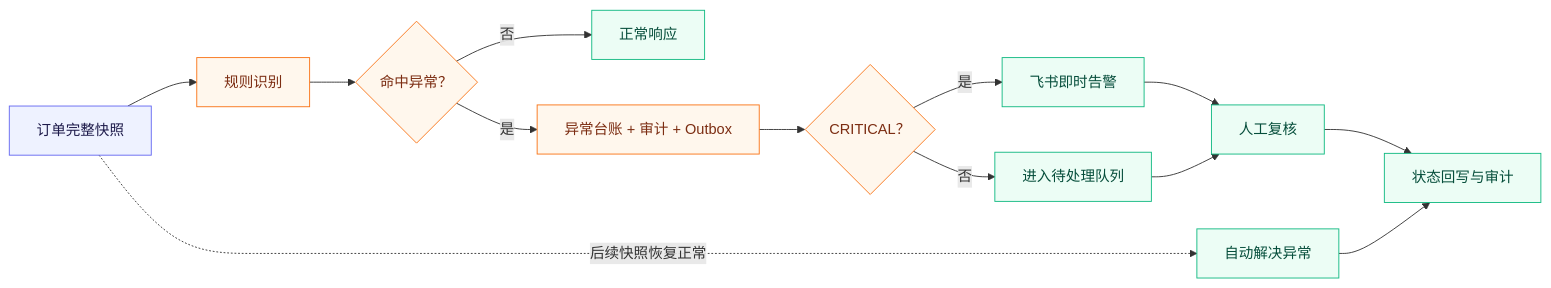
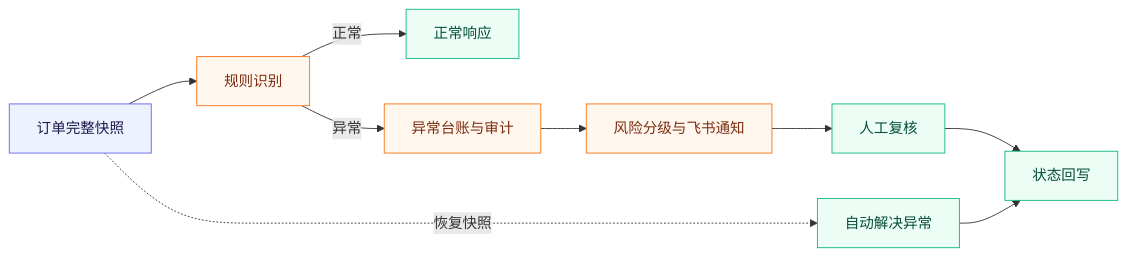
The diagram in README.md (718232157/ecommerce-order-exception-automation), drawn with Mermaid before and after one commit.

Commit message:
docs: simplify the first-screen workflow

````diff
--- a/README.md
+++ b/README.md
@@ -13,22 +13,18 @@
 ```mermaid
 flowchart LR
     A["订单完整快照"] --> B["规则识别"]
-    B --> C{"命中异常？"}
-    C -- "否" --> D["正常响应"]
-    C -- "是" --> E["异常台账 + 审计 + Outbox"]
-    E --> F{"CRITICAL？"}
-    F -- "是" --> G["飞书即时告警"]
-    F -- "否" --> H["进入待处理队列"]
-    G --> I["人工复核"]
-    H --> I
-    I --> J["状态回写与审计"]
-    A -. "后续快照恢复正常" .-> K["自动解决异常"]
-    K --> J
+    B -- "正常" --> C["正常响应"]
+    B -- "异常" --> D["异常台账与审计"]
+    D --> E["风险分级与飞书通知"]
+    E --> F["人工复核"]
+    F --> G["状态回写"]
+    A -. "恢复快照" .-> H["自动解决异常"]
+    H --> G
 
     classDef input fill:#eef2ff,stroke:#6366f1,color:#1e1b4b;
     classDef core fill:#fff7ed,stroke:#f97316,color:#7c2d12;
     classDef action fill:#ecfdf5,stroke:#10b981,color:#064e3b;
     class A input;
-    class B,C,E,F core;
-    class D,G,H,I,J,K action;
+    class B,D,E core;
+    class C,F,G,H action;
 ```
````
